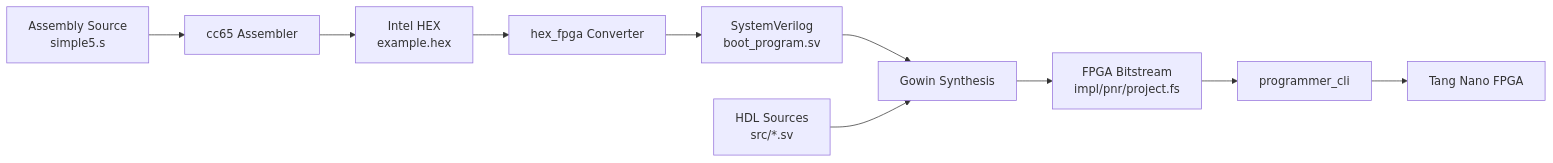
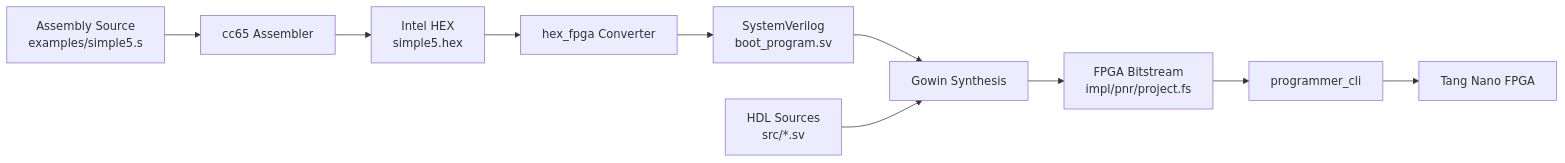
One commit to sokoide/tangnano_6502_cpu changed the first of 4 diagrams in day99_completed/docs/DEVELOPER.md. Above: the diagram before and after it, drawn with Mermaid. The commit also changed other lines of this file and 10 other files, not shown here.

````diff
--- a/day99_completed/docs/DEVELOPER.md
+++ b/day99_completed/docs/DEVELOPER.md
@@ -67,13 +67,13 @@
 ```mermaid
 graph LR
-    ASM[Assembly Source<br/>simple5.s] --> CC65[cc65 Assembler]
-    CC65 --> HEX[Intel HEX<br/>example.hex]
+    ASM[Assembly Source<br/>examples/simple5.s] --> CC65[cc65 Assembler]
+    CC65 --> HEX[Intel HEX<br/>simple5.hex]
     HEX --> CONV[hex_fpga Converter]
     CONV --> SV[SystemVerilog<br/>boot_program.sv]
 
     SV --> SYNTH[Gowin Synthesis]
     HDL[HDL Sources<br/>src/*.sv] --> SYNTH
     SYNTH --> BITSTREAM[FPGA Bitstream<br/>impl/pnr/project.fs]
     BITSTREAM --> PROG[programmer_cli]
     PROG --> FPGA[Tang Nano FPGA]
 ```
````
